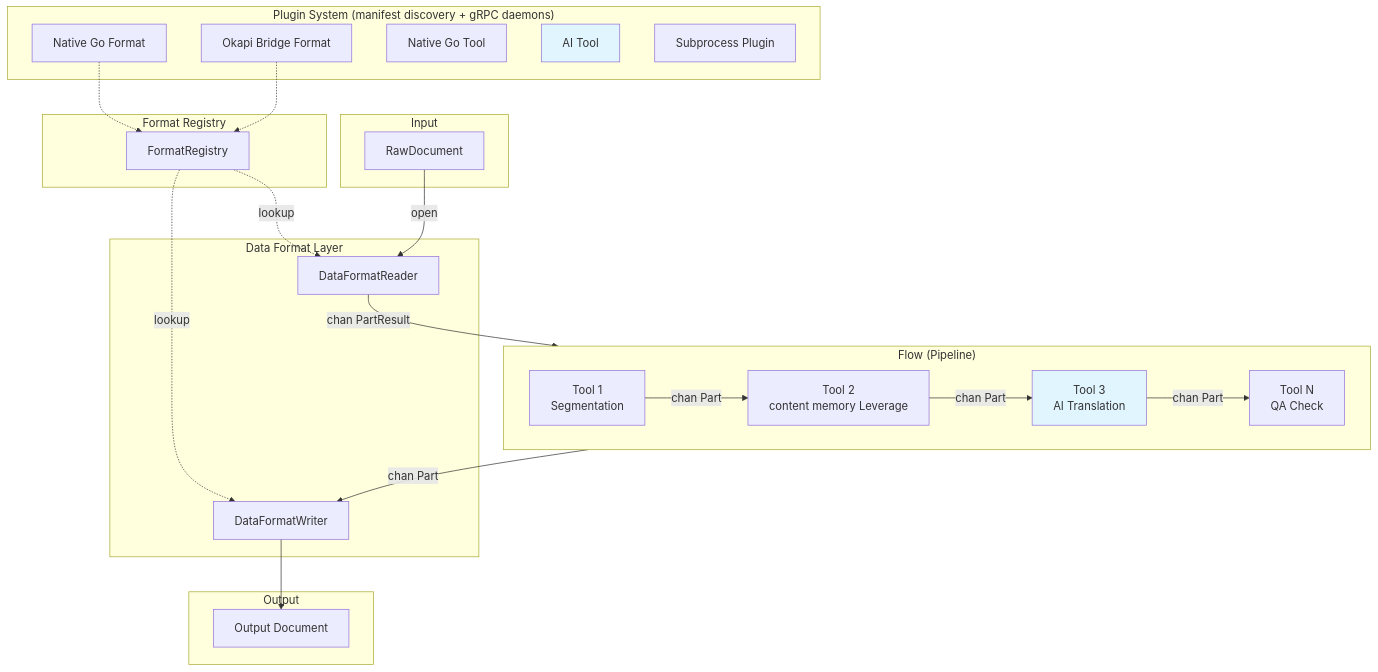
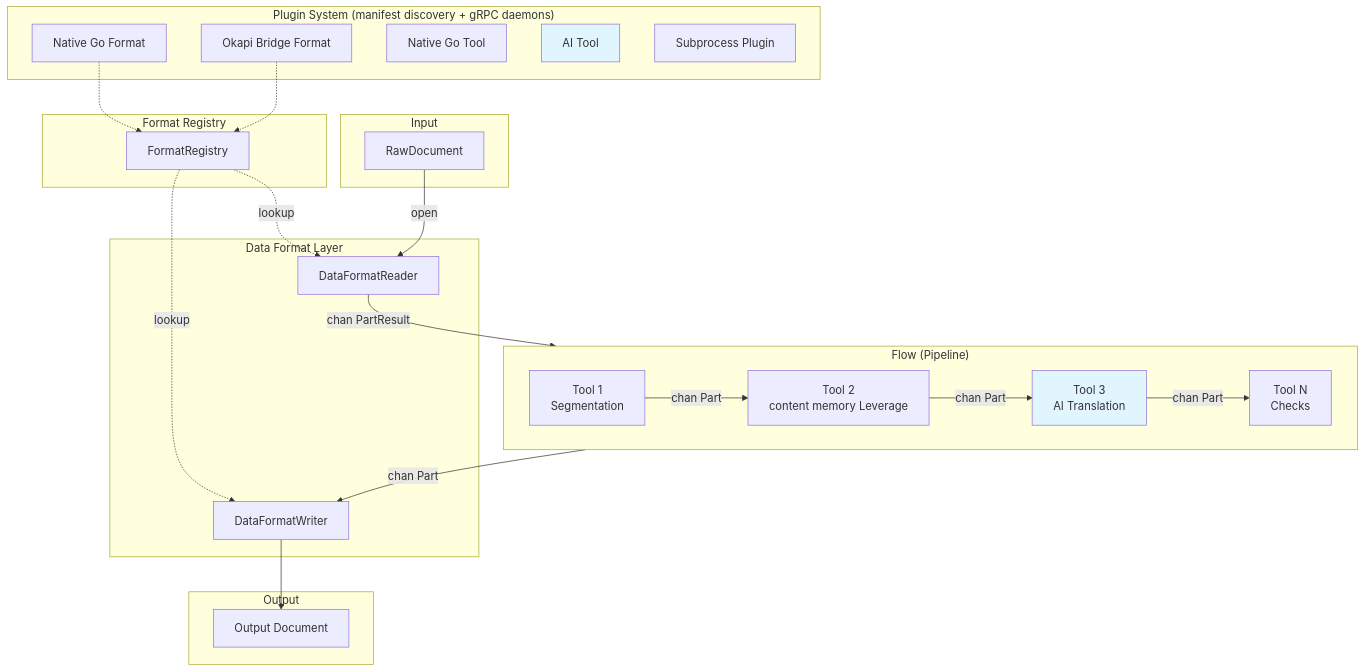
The first of 2 diagrams in docs/internals/ARCHITECTURE.md (neokapi/neokapi), drawn with Mermaid before and after one commit. The commit also changed 278 other files, not shown here.

````diff
--- a/docs/internals/ARCHITECTURE.md
+++ b/docs/internals/ARCHITECTURE.md
@@ -9,51 +9,51 @@
 ```mermaid
 graph TB
     subgraph Input
         RD[RawDocument]
     end
 
     subgraph "Data Format Layer"
         DFR[DataFormatReader]
         DFW[DataFormatWriter]
     end
 
     subgraph "Flow (Pipeline)"
         direction LR
         T1[Tool 1<br/>Segmentation]
         T2[Tool 2<br/>content memory Leverage]
         T3[Tool 3<br/>AI Translation]
-        T4[Tool N<br/>QA Check]
+        T4[Tool N<br/>Checks]
         T1 -->|"chan Part"| T2
         T2 -->|"chan Part"| T3
         T3 -->|"chan Part"| T4
     end
 
     subgraph Output
         OUT[Output Document]
     end
 
     RD -->|open| DFR
     DFR -->|"chan PartResult"| T1
     T4 -->|"chan Part"| DFW
     DFW --> OUT
 
     subgraph "Plugin System (manifest discovery + gRPC daemons)"
         P1[Native Go Format]
         P2[Okapi Bridge Format]
         P3[Native Go Tool]
         P4[AI Tool]
         P5[Subprocess Plugin]
     end
 
     subgraph "Format Registry"
         FR[FormatRegistry]
     end
 
     FR -.->|lookup| DFR
     FR -.->|lookup| DFW
     P1 -.-> FR
     P2 -.-> FR
 
     style T3 fill:#e1f5fe
     style P4 fill:#e1f5fe
 ```
````
